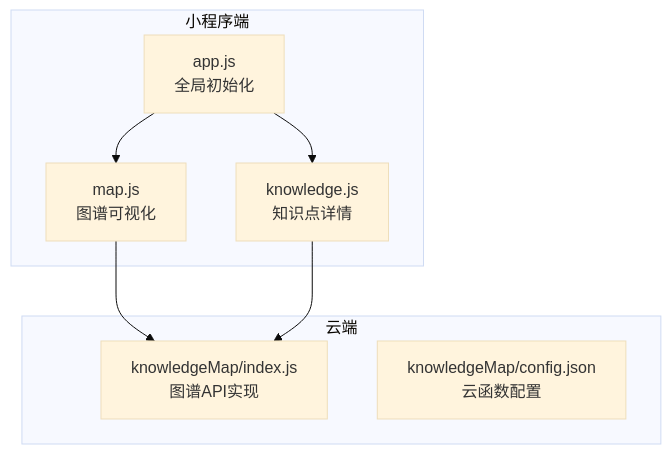
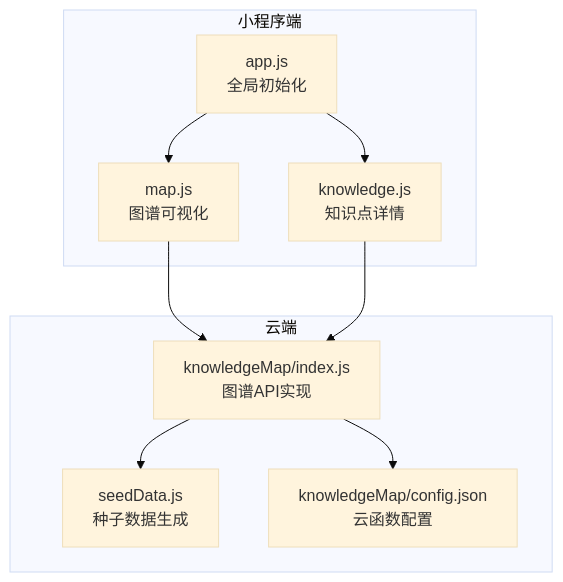
Before and after one commit to cwb7756/bio: the first of 4 diagrams in .qoder/repowiki/zh/content/API接口文档/知识图谱API.md, drawn with Mermaid (base theme). The commit also changed other lines of this file and 14 other files, not shown here.

First line of the commit message:
feat(knowledgeMap): 增强知识图谱功能，新增种子数据生成器

````diff
--- a/.qoder/repowiki/zh/content/API接口文档/知识图谱API.md
+++ b/.qoder/repowiki/zh/content/API接口文档/知识图谱API.md
@@ -33,16 +44,19 @@
 ```mermaid
 graph TB
 subgraph "小程序端"
 MAP["map.js<br/>图谱可视化"]
 KNOW["knowledge.js<br/>知识点详情"]
 APP["app.js<br/>全局初始化"]
 end
 subgraph "云端"
 KM["knowledgeMap/index.js<br/>图谱API实现"]
+SEED["seedData.js<br/>种子数据生成"]
 CFG["knowledgeMap/config.json<br/>云函数配置"]
 end
 MAP --> KM
 KNOW --> KM
 APP --> MAP
 APP --> KNOW
+KM --> SEED
+KM --> CFG
 ```
````
